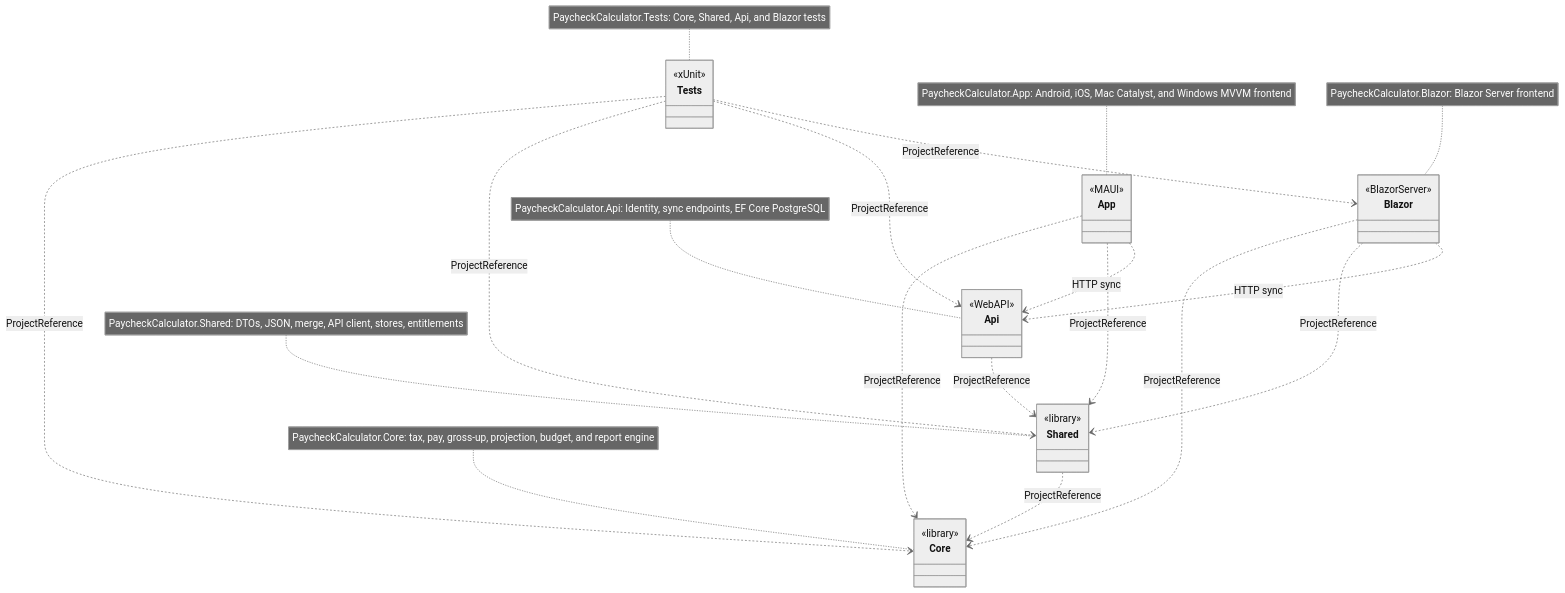
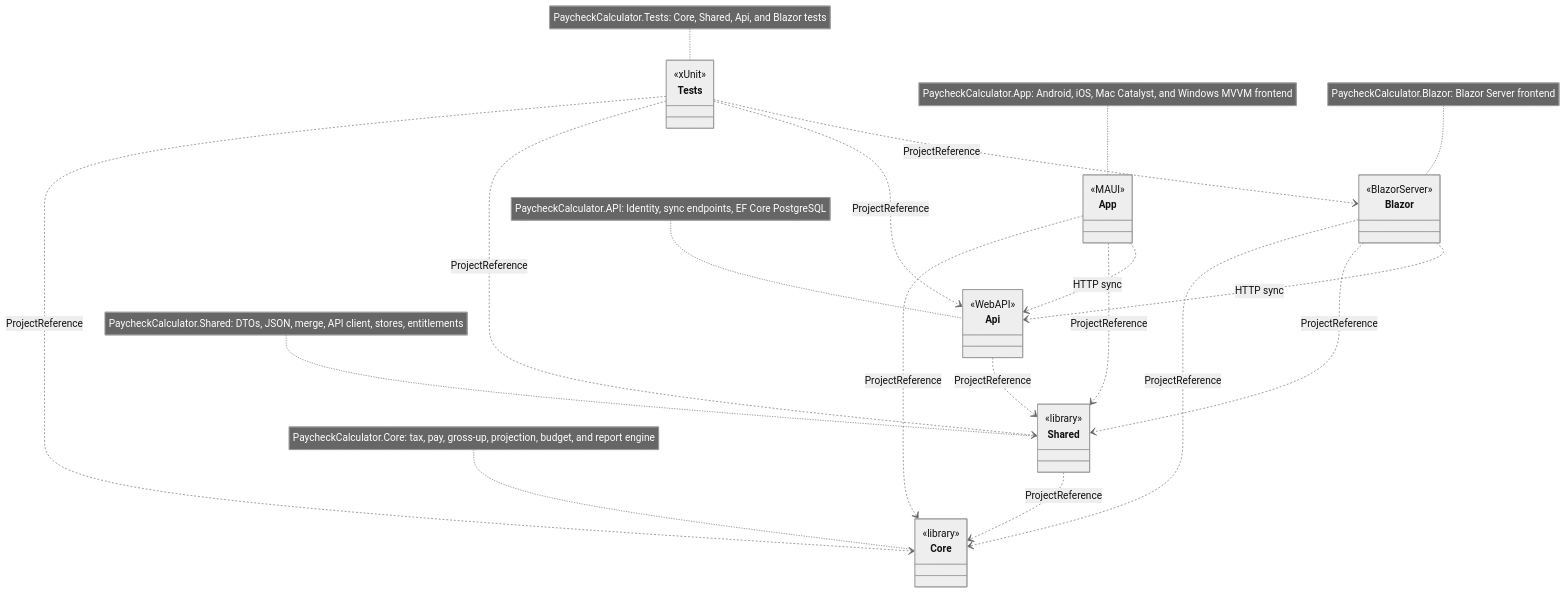
One commit to Fibonacci-0112/PaycheckCalculator changed the first of 9 diagrams in docs/class-diagram.md. Above: the diagram before and after it, drawn with Mermaid (neutral theme). The commit also changed 47 other files, not shown here.

Commit message:
Rename PaycheckCalculator.Api to PaycheckCalculator.API

````diff
--- a/docs/class-diagram.md
+++ b/docs/class-diagram.md
@@ -9,38 +9,38 @@
 ```mermaid
 classDiagram
     direction TB
 
     class Core
     class Shared
     class App
     class Blazor
     class Api
     class Tests
 
     <<library>> Core
     <<library>> Shared
     <<MAUI>> App
     <<BlazorServer>> Blazor
     <<WebAPI>> Api
     <<xUnit>> Tests
 
     note for Core "PaycheckCalculator.Core: tax, pay, gross-up, projection, budget, and report engine"
     note for Shared "PaycheckCalculator.Shared: DTOs, JSON, merge, API client, stores, entitlements"
     note for App "PaycheckCalculator.App: Android, iOS, Mac Catalyst, and Windows MVVM frontend"
     note for Blazor "PaycheckCalculator.Blazor: Blazor Server frontend"
-    note for Api "PaycheckCalculator.Api: Identity, sync endpoints, EF Core PostgreSQL"
+    note for Api "PaycheckCalculator.API: Identity, sync endpoints, EF Core PostgreSQL"
     note for Tests "PaycheckCalculator.Tests: Core, Shared, Api, and Blazor tests"
 
     Shared ..> Core : ProjectReference
     App ..> Core : ProjectReference
     App ..> Shared : ProjectReference
     Blazor ..> Core : ProjectReference
     Blazor ..> Shared : ProjectReference
     Api ..> Shared : ProjectReference
     Tests ..> Core : ProjectReference
     Tests ..> Shared : ProjectReference
     Tests ..> Api : ProjectReference
     Tests ..> Blazor : ProjectReference
     App ..> Api : HTTP sync
     Blazor ..> Api : HTTP sync
 ```
````
